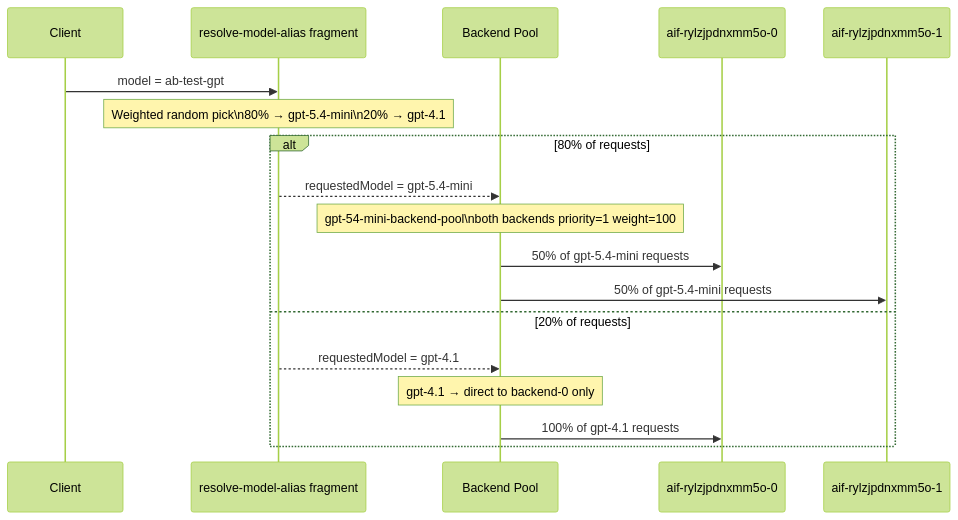
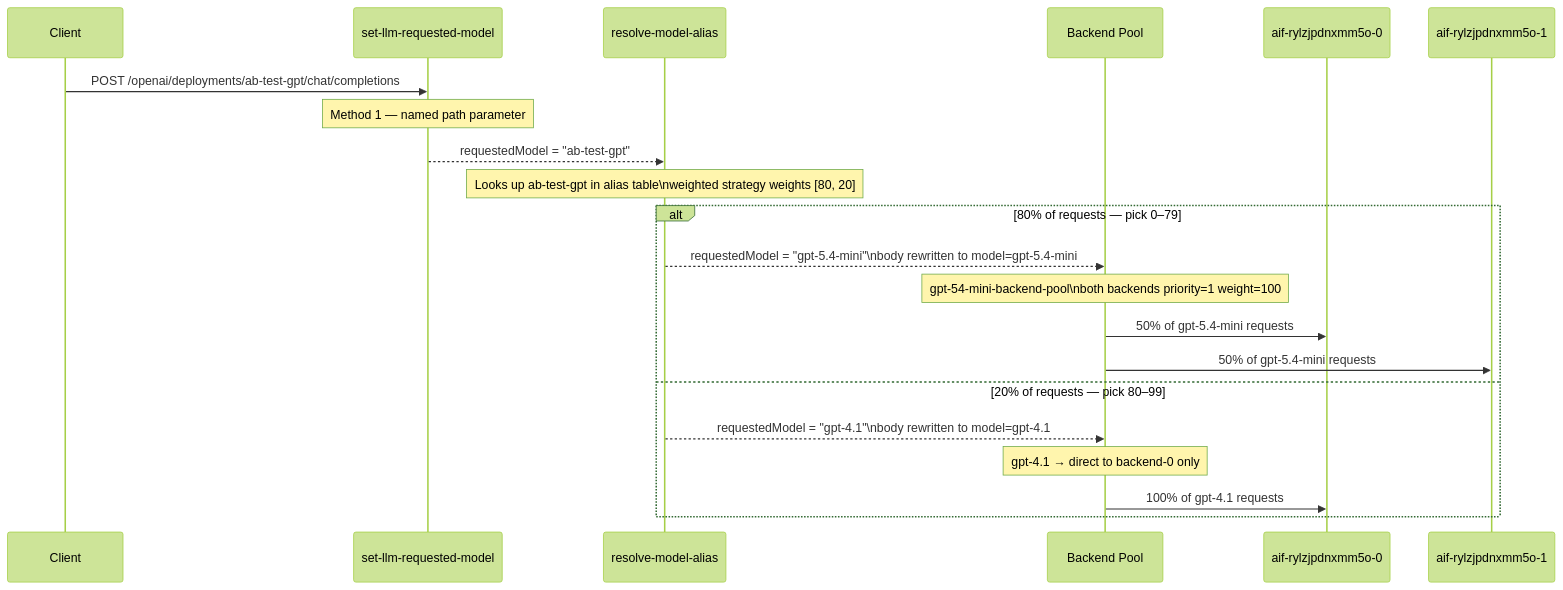
One commit to vinodhkumar-new/ai-hub-gateway-solution-accelerator changed the fifth of 7 diagrams in docs/apim-load-balancing-technical.md. Above: the diagram before and after it, drawn with Mermaid (forest theme). The commit also changed other lines of this file, not shown here.

````diff
--- a/docs/apim-load-balancing-technical.md
+++ b/docs/apim-load-balancing-technical.md
@@ -243,23 +342,27 @@
 ```mermaid
 sequenceDiagram
     participant Client
-    participant Alias as resolve-model-alias fragment
+    participant Ext as set-llm-requested-model
+    participant Alias as resolve-model-alias
     participant Pool as Backend Pool
     participant B0 as aif-rylzjpdnxmm5o-0
     participant B1 as aif-rylzjpdnxmm5o-1
 
-    Client->>Alias: model = ab-test-gpt
+    Client->>Ext: POST /openai/deployments/ab-test-gpt/chat/completions
 
-    Note over Alias: Weighted random pick\n80% → gpt-5.4-mini\n20% → gpt-4.1
+    Note over Ext: Method 1 — named path parameter
+    Ext-->>Alias: requestedModel = "ab-test-gpt"
 
-    alt 80% of requests
-        Alias-->>Pool: requestedModel = gpt-5.4-mini
+    Note over Alias: Looks up ab-test-gpt in alias table\nweighted strategy weights [80, 20]
+
+    alt 80% of requests — pick 0–79
+        Alias-->>Pool: requestedModel = "gpt-5.4-mini"\nbody rewritten to model=gpt-5.4-mini
         Note over Pool: gpt-54-mini-backend-pool\nboth backends priority=1 weight=100
         Pool->>B0: 50% of gpt-5.4-mini requests
         Pool->>B1: 50% of gpt-5.4-mini requests
-    else 20% of requests
-        Alias-->>Pool: requestedModel = gpt-4.1
+    else 20% of requests — pick 80–99
+        Alias-->>Pool: requestedModel = "gpt-4.1"\nbody rewritten to model=gpt-4.1
         Note over Pool: gpt-4.1 → direct to backend-0 only
         Pool->>B0: 100% of gpt-4.1 requests
     end
 ```
````
